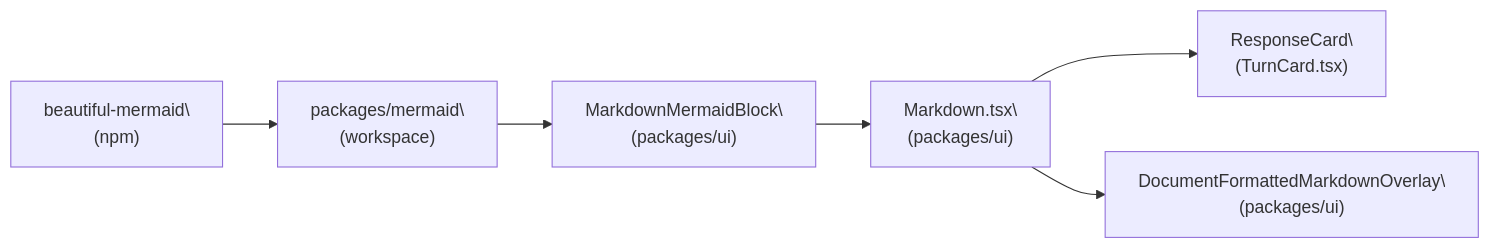
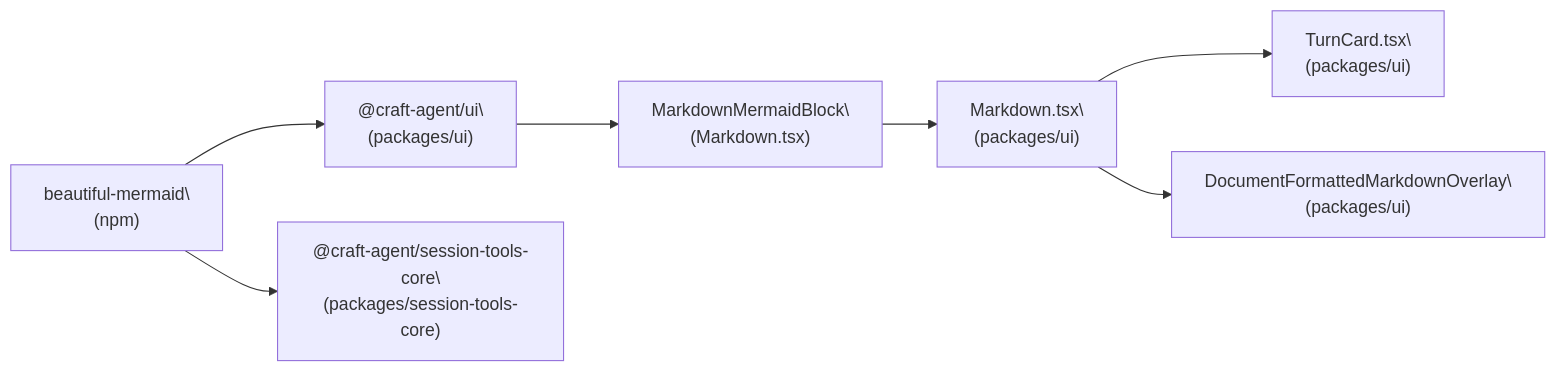
One commit to blackcater/zentree changed the first of 4 diagrams in docs/lukilabs_craft-agents-oss/architecture/mermaid-diagram-rendering.md. Above: the diagram before and after it, drawn with Mermaid. The commit also changed other lines of this file and 232 other files, not shown here.

````diff
--- a/docs/lukilabs_craft-agents-oss/architecture/mermaid-diagram-rendering.md
+++ b/docs/lukilabs_craft-agents-oss/architecture/mermaid-diagram-rendering.md
@@ -38,14 +44,16 @@
 ```mermaid
 graph LR
   A["beautiful-mermaid\
-(npm)"] --> B["packages/mermaid\
-(workspace)"]
-  B --> C["MarkdownMermaidBlock\
+(npm)"] --> B["@craft-agent/ui\
 (packages/ui)"]
-  C --> D["Markdown.tsx\
+  A --> C["@craft-agent/session-tools-core\
+(packages/session-tools-core)"]
+  B --> D["MarkdownMermaidBlock\
+(Markdown.tsx)"]
+  D --> E["Markdown.tsx\
 (packages/ui)"]
-  D --> E["ResponseCard\
-(TurnCard.tsx)"]
-  D --> F["DocumentFormattedMarkdownOverlay\
+  E --> F["TurnCard.tsx\
+(packages/ui)"]
+  E --> G["DocumentFormattedMarkdownOverlay\
 (packages/ui)"]
 ```
````
